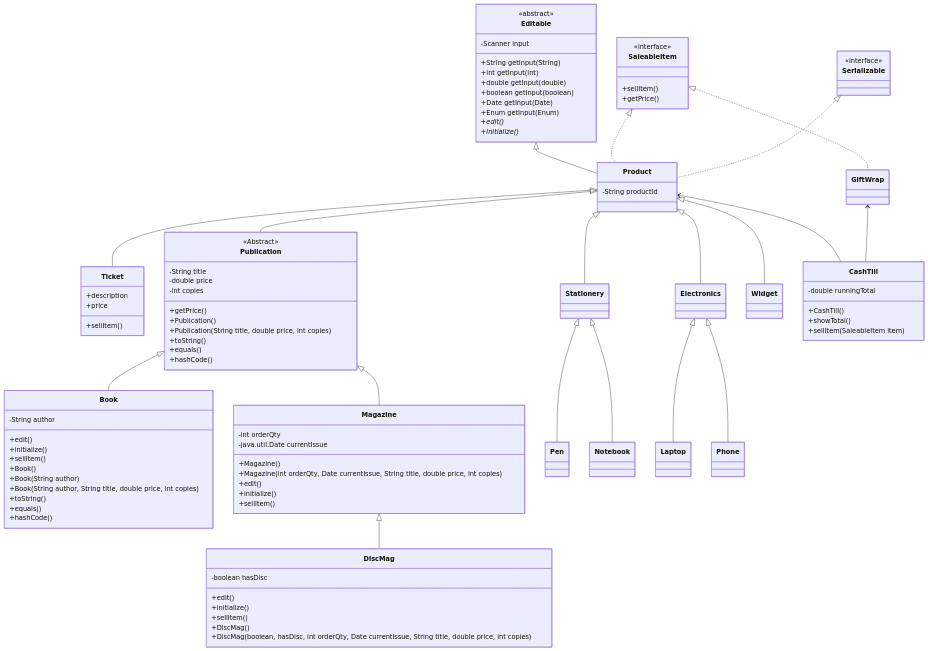
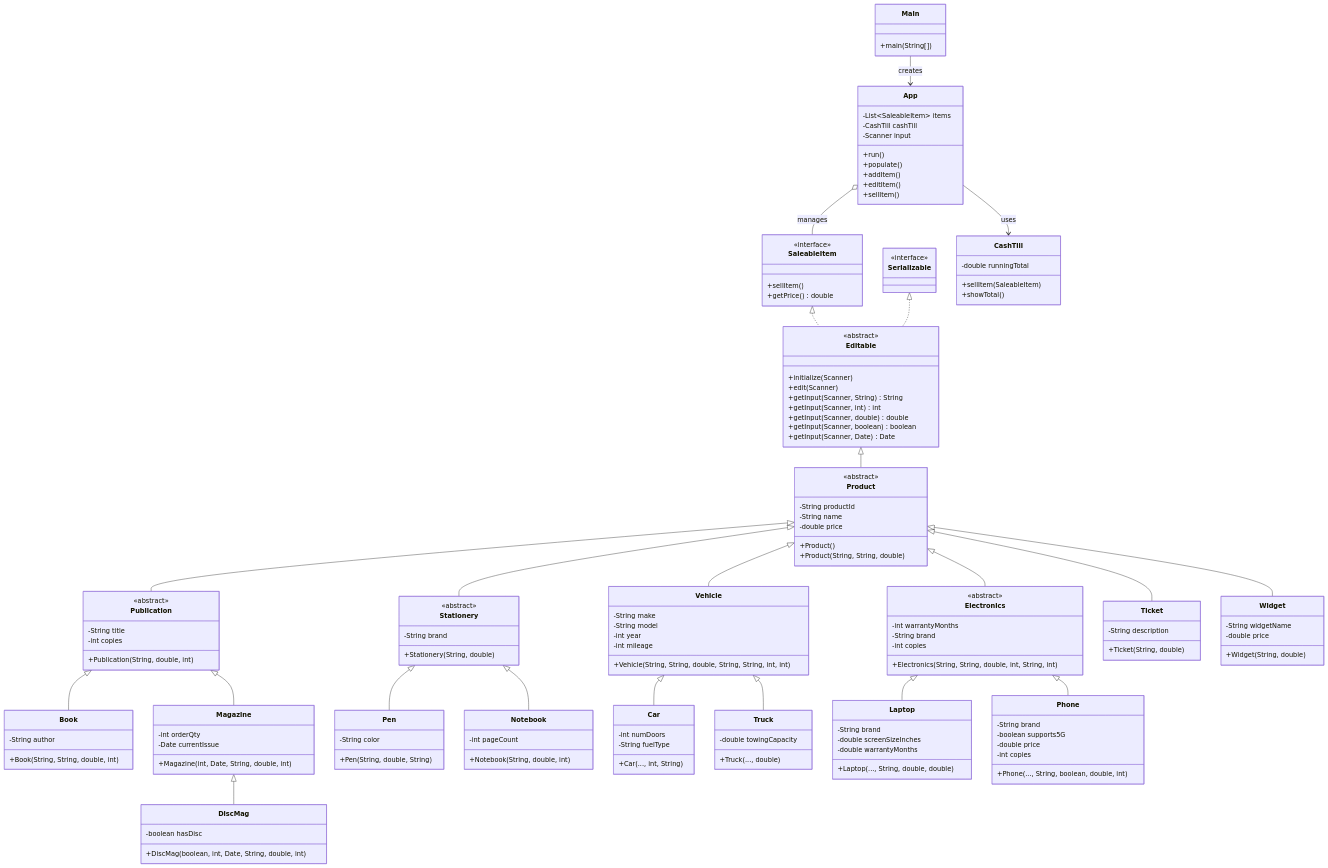
The diagram in documentation/bookstore.f25-2025-11-17-211001.mmd (AlbaSMS/bookstore-csd214-w26-AlbaMartinez), drawn with Mermaid before and after one commit. The commit also changed 14 other files, not shown here.

```diff
--- a/documentation/bookstore.f25-2025-11-17-211001.mmd
+++ b/documentation/bookstore.f25-2025-11-17-211001.mmd
@@ -1,106 +1,175 @@
 classDiagram
-    Editable <|--Product
-    Product <|--Ticket
-    Product <|--Publication
-    Product <|--Stationery
-    Product <|--Electronics
-    Product <|--Widget
-    Publication <|-- Book
-    Publication <|-- Magazine
-    Stationery <|-- Pen
-    Stationery <|-- Notebook
-    Electronics <|-- Laptop
-    Electronics <|-- Phone
-    Magazine <|-- DiscMag
-    SaleableItem <|.. Product
-    SaleableItem <|.. GiftWrap
-    Serializable <|.. Product
-    Product <-- CashTill
-    GiftWrap <-- CashTill
-
-    class Product{
-        -String productId
-    }
-
-    class Serializable{
-        <<interface>>
-    }
-    class Ticket{
-        +description
-        +price
-        +sellItem()
-    }
-    class Editable{
-        <<abstract>>
-        -Scanner input
-        +String getInput(String)
-        +int getInput(int)
-        +double getInput(double)
-        +boolean getInput(boolean)
-        +Date getInput(Date)
-        +Enum getInput(Enum)
-        +edit()*
-        +initialize()*
-
-    }
-    class Publication{
-        <<Abstract>>
-        -String title
-        -double price
-        -int copies
-        +getPrice()
-
-        +Publication()
-        +Publication(String title, double price, int copies)
-        +toString()
-        +equals()
-        +hashCode()
-
-    }
-    class Book{
-        -String author
-        +edit()
-        +initialize()
-        +sellItem()
-
-        +Book()
-        +Book(String author)
-        +Book(String author, String title, double price, int copies)
-        +toString()
-        +equals()
-        +hashCode()
-
-    }
-    class Magazine{
-        -int orderQty
-        -java.util.Date currentIssue
-
-        +Magazine()
-        +Magazine(int orderQty, Date currentIssue, String title, double price, int copies)
-
-        +edit()
-        +initialize()
-        +sellItem()
-    }
-    class DiscMag{
-        -boolean hasDisc
-        +edit()
-        +initialize()
-        +sellItem()
-
-        +DiscMag()
-        +DiscMag(boolean, hasDisc, int orderQty, Date currentIssue, String title, double price, int copies)
-
-    }
-    class CashTill{
-        -double runningTotal
-        +CashTill()
-        +showTotal()
-        +sellItem(SaleableItem item)
-    }
+    %% Interfaces and Abstracts
     class SaleableItem {
         <<interface>>
         +sellItem()
-        +getPrice()
+        +getPrice() double
+    }
 
+    class Serializable {
+        <<interface>>
     }
+
+    class Editable {
+        <<abstract>>
+        +initialize(Scanner)
+        +edit(Scanner)
+        +getInput(Scanner, String) String
+        +getInput(Scanner, int) int
+        +getInput(Scanner, double) double
+        +getInput(Scanner, boolean) boolean
+        +getInput(Scanner, Date) Date
+    }
+
+    class Product {
+        <<abstract>>
+        -String productId
+        -String name
+        -double price
+        +Product()
+        +Product(String, String, double)
+    }
+
+    %% Base Categories
+    class Publication {
+        <<abstract>>
+        -String title
+        -int copies
+        +Publication(String, double, int)
+    }
+
+    class Vehicle {
+        -String make
+        -String model
+        -int year
+        -int mileage
+        +Vehicle(String, String, double, String, String, int, int)
+    }
+
+    class Stationery {
+        <<abstract>>
+        -String brand
+        +Stationery(String, double)
+    }
+
+    class Electronics {
+        <<abstract>>
+        -int warrantyMonths
+        -String brand
+        -int copies
+        +Electronics(String, String, double, int, String, int)
+    }
+
+    %% Concrete Classes
+    class Ticket {
+        -String description
+        +Ticket(String, double)
+    }
+
+    class Widget {
+        -String widgetName
+        -double price
+        +Widget(String, double)
+    }
+
+    class Book {
+        -String author
+        +Book(String, String, double, int)
+    }
+
+    class Magazine {
+        -int orderQty
+        -Date currentIssue
+        +Magazine(int, Date, String, double, int)
+    }
+
+    class DiscMag {
+        -boolean hasDisc
+        +DiscMag(boolean, int, Date, String, double, int)
+    }
+
+    class Pen {
+        -String color
+        +Pen(String, double, String)
+    }
+
+    class Notebook {
+        -int pageCount
+        +Notebook(String, double, int)
+    }
+
+    class Car {
+        -int numDoors
+        -String fuelType
+        +Car(..., int, String)
+    }
+
+    class Truck {
+        -double towingCapacity
+        +Truck(..., double)
+    }
+
+    class Laptop {
+        -String brand
+        -double screenSizeInches
+        -double warrantyMonths
+        +Laptop(..., String, double, double)
+    }
+    class Phone {
+        -String brand
+        -boolean supports5G
+        -double price
+        -int copies
+        +Phone(..., String, boolean, double, int)
+    }
+
+    %% Application Logic
+    class CashTill {
+        -double runningTotal
+        +sellItem(SaleableItem)
+        +showTotal()
+    }
+
+    class App {
+        -List~SaleableItem~ items
+        -CashTill cashTill
+        -Scanner input
+        +run()
+        +populate()
+        +addItem()
+        +editItem()
+        +sellItem()
+    }
+
+    class Main {
+        +main(String[])
+    }
+
+    %% Relationships
+    SaleableItem <|.. Editable
+    Serializable <|.. Editable
+    Editable <|-- Product
+
+    Product <|-- Publication
+    Product <|-- Vehicle
+    Product <|-- Stationery
+    Product <|-- Ticket
+    Product <|-- Widget
+    Product <|-- Electronics
+
+    Publication <|-- Book
+    Publication <|-- Magazine
+    Magazine <|-- DiscMag
+
+    Stationery <|-- Pen
+    Stationery <|-- Notebook
+
+    Vehicle <|-- Car
+    Vehicle <|-- Truck
+
+    Electronics <|-- Laptop
+    Electronics <|-- Phone
+
+    App o-- SaleableItem : manages
+    App --> CashTill : uses
+    Main --> App : creates
```
